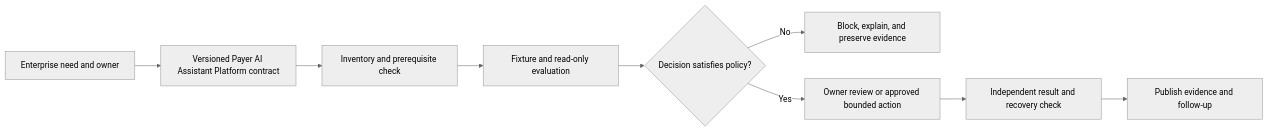
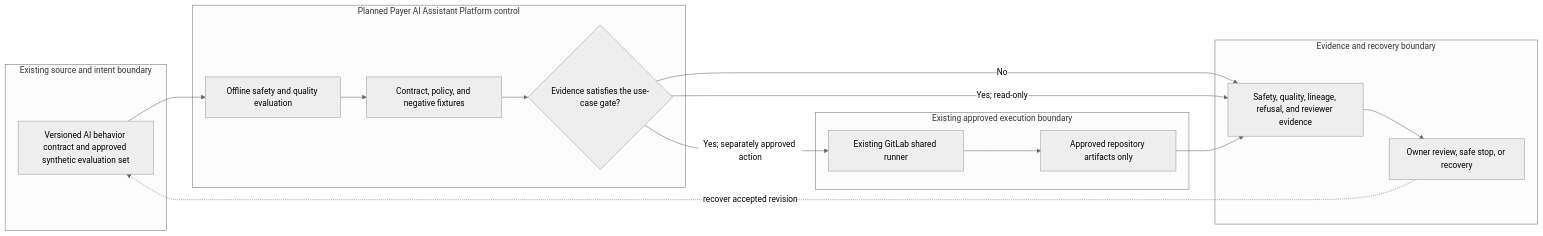
One commit to MIDHTECH/enterprise-architecture-docs changed the diagram in docs/use-cases/healthcare-ai/UC-AI-003-payer-ai-assistant-platform.md. Above: the diagram before and after it, drawn with Mermaid (neutral theme). The commit also changed other lines of this file and 227 other files, not shown here.

Commit message:
Deepen architecture for all use case designs

````diff
--- a/docs/use-cases/healthcare-ai/UC-AI-003-payer-ai-assistant-platform.md
+++ b/docs/use-cases/healthcare-ai/UC-AI-003-payer-ai-assistant-platform.md
@@ -136,11 +129,25 @@
 ```mermaid
 flowchart LR
-    Need["Enterprise need and owner"] --> Contract["Versioned Payer AI Assistant Platform contract"]
-    Contract --> Preflight["Inventory and prerequisite check"]
-    Preflight --> Evaluate["Fixture and read-only evaluation"]
-    Evaluate --> Decision{"Decision satisfies policy?"}
-    Decision -->|No| Stop["Block, explain, and preserve evidence"]
-    Decision -->|Yes| Review["Owner review or approved bounded action"]
-    Review --> Verify["Independent result and recovery check"]
-    Verify --> Publish["Publish evidence and follow-up"]
+    subgraph Source["Existing source and intent boundary"]
+        A["Versioned AI behavior contract and approved synthetic evaluation set"]
+    end
+    subgraph Planned["Planned Payer AI Assistant Platform control"]
+        B["Offline safety and quality evaluation"]
+        C["Contract, policy, and negative fixtures"]
+        D{"Evidence satisfies the use-case gate?"}
+    end
+    subgraph Runtime["Existing approved execution boundary"]
+        E["Existing GitLab shared runner"]
+        F["Approved repository artifacts only"]
+    end
+    subgraph Assurance["Evidence and recovery boundary"]
+        G["Safety, quality, lineage, refusal, and reviewer evidence"]
+        H["Owner review, safe stop, or recovery"]
+    end
+
+    A --> B --> C --> D
+    D -->|No| G --> H
+    D -->|Yes; read-only| G
+    D -->|Yes; separately approved action| E --> F --> G
+    H -. recover accepted revision .-> A
 ```
````
